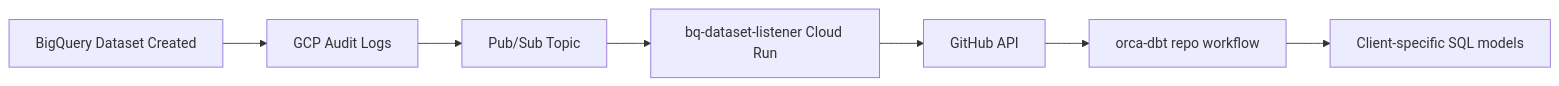
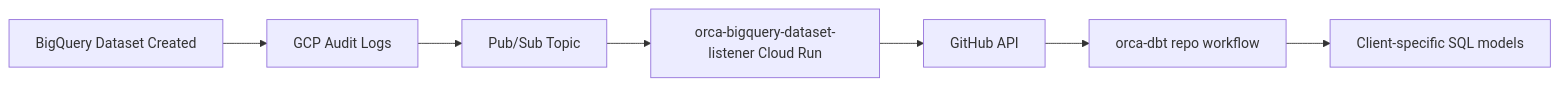
One commit to ORCA-Analytics/orca-bigquery-dataset-listener changed the diagram in ORCA-CONTEXT.md. Above: the diagram before and after it, drawn with Mermaid. The commit also changed other lines of this file and 1 other file, not shown here.

First line of the commit message:
Use the real Cloud Run service name, orca-bigquery-dataset-listener

````diff
--- a/ORCA-CONTEXT.md
+++ b/ORCA-CONTEXT.md
@@ -93,9 +93,9 @@
 ```mermaid
 flowchart LR
     BQDataset[BigQuery Dataset Created] --> AuditLog[GCP Audit Logs]
     AuditLog --> PubSub[Pub/Sub Topic]
-    PubSub --> Listener[bq-dataset-listener Cloud Run]
+    PubSub --> Listener[orca-bigquery-dataset-listener Cloud Run]
     Listener --> GitHubAPI[GitHub API]
     GitHubAPI --> DBTRepo[orca-dbt repo workflow]
     DBTRepo --> NewFiles[Client-specific SQL models]
 ```
````
